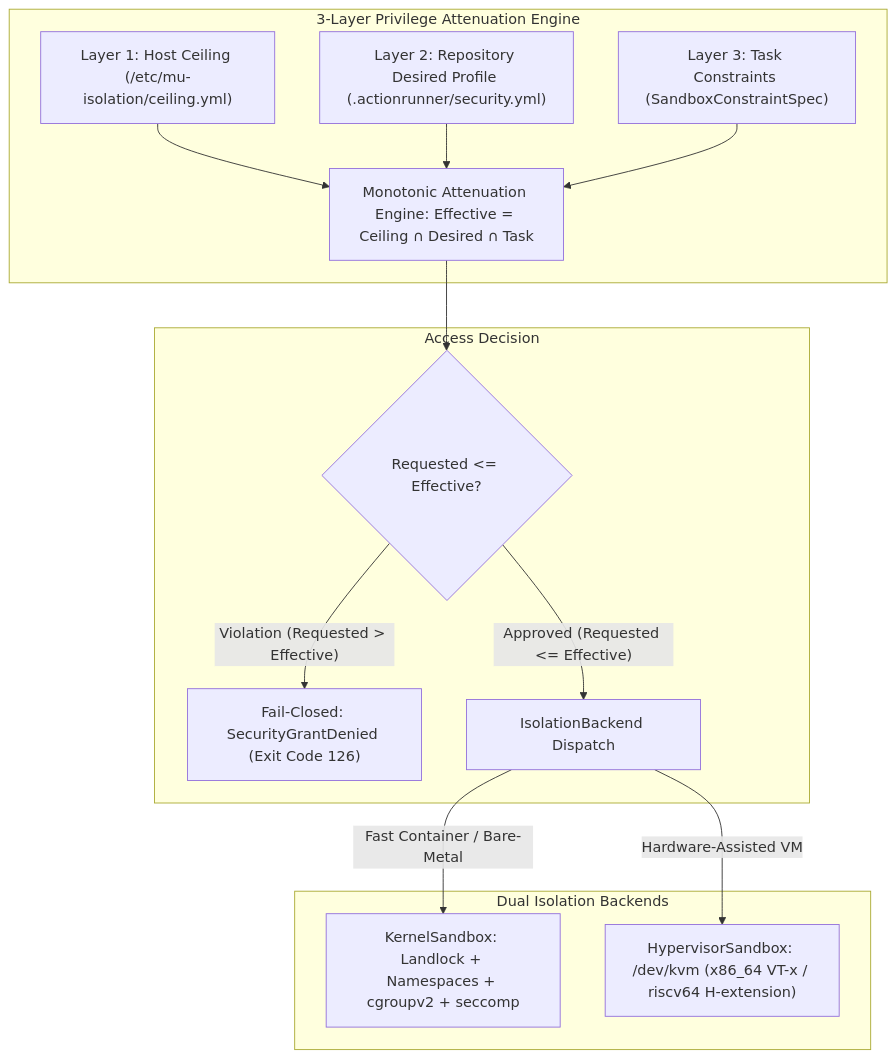
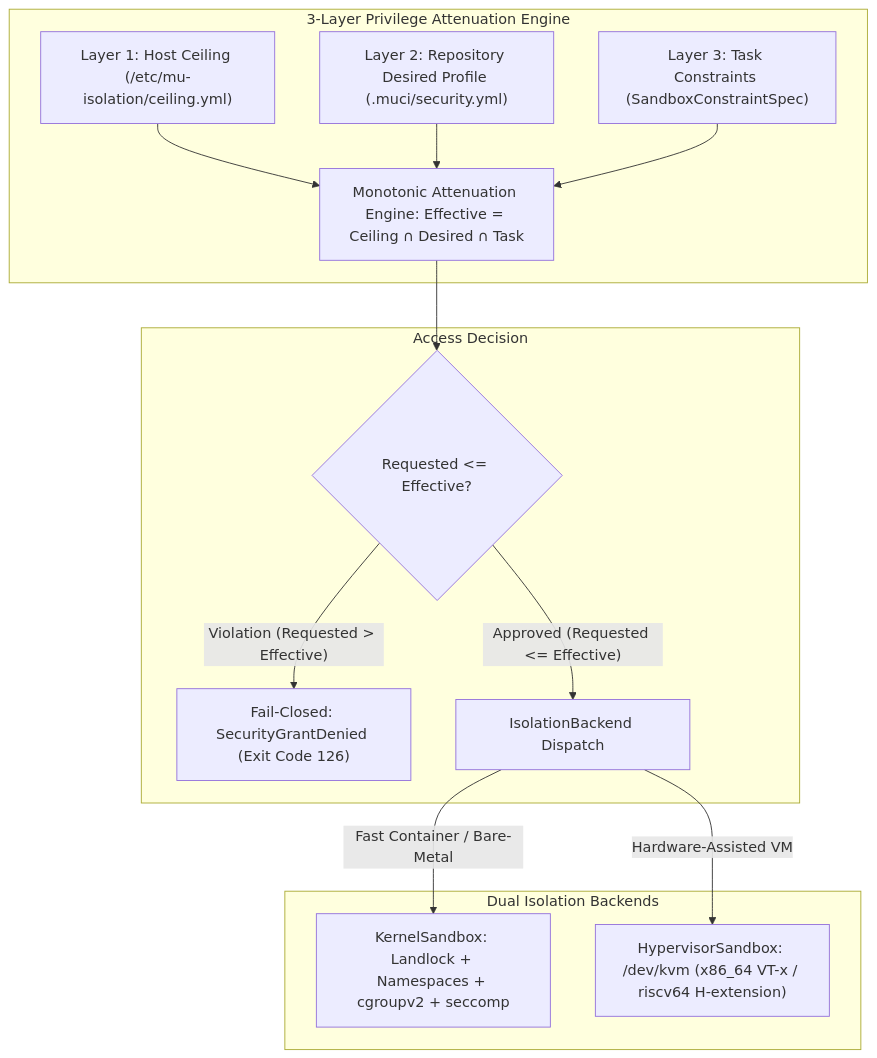
One commit to LMA1980/lma1980.github.io changed the diagram in content/docs/isolation-model.md. Above: the diagram before and after it, drawn with Mermaid. The commit also changed other lines of this file and 20 other files, not shown here.

````diff
--- a/content/docs/isolation-model.md
+++ b/content/docs/isolation-model.md
@@ -16,24 +16,24 @@
 ```mermaid
 flowchart TD
     subgraph Layers["3-Layer Privilege Attenuation Engine"]
         L1["Layer 1: Host Ceiling (/etc/mu-isolation/ceiling.yml)"]
-        L2["Layer 2: Repository Desired Profile (.actionrunner/security.yml)"]
+        L2["Layer 2: Repository Desired Profile (.muci/security.yml)"]
         L3["Layer 3: Task Constraints (SandboxConstraintSpec)"]
         RESOLVE["Monotonic Attenuation Engine: Effective = Ceiling ∩ Desired ∩ Task"]
         L1 --> RESOLVE
         L2 --> RESOLVE
         L3 --> RESOLVE
     end
 
     subgraph Decision["Access Decision"]
         CHECK{"Requested <= Effective?"}
         RESOLVE --> CHECK
         CHECK -- "Violation (Requested > Effective)" --> DENY["Fail-Closed: SecurityGrantDenied (Exit Code 126)"]
         CHECK -- "Approved (Requested <= Effective)" --> DISPATCH["IsolationBackend Dispatch"]
     end
 
     subgraph Backends["Dual Isolation Backends"]
         DISPATCH -- "Fast Container / Bare-Metal" --> KERNEL["KernelSandbox: Landlock + Namespaces + cgroupv2 + seccomp"]
         DISPATCH -- "Hardware-Assisted VM" --> KVM["HypervisorSandbox: /dev/kvm (x86_64 VT-x / riscv64 H-extension)"]
     end
 ```
````
